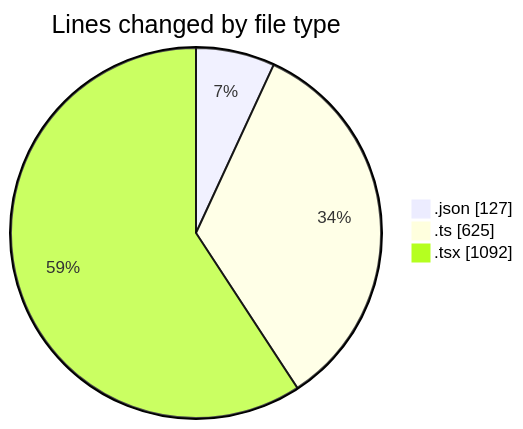
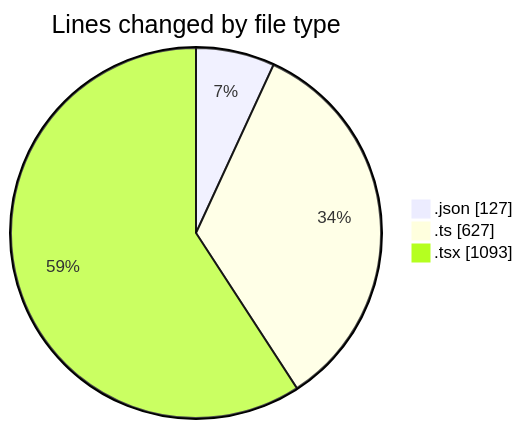
One commit to julien-gomy/code-tracking changed the first of 2 diagrams in 2025-11-12/eventscop-frontend-guide__workspace_/README.md. Above: the diagram before and after it, drawn with Mermaid. The commit also changed other lines of this file and 1 other file, not shown here.

````diff
--- a/2025-11-12/eventscop-frontend-guide__workspace_/README.md
+++ b/2025-11-12/eventscop-frontend-guide__workspace_/README.md
@@ -27,7 +27,7 @@
 ```mermaid
 pie showData
 title Lines changed by file type
 ".json" : 127
-".ts" : 625
-".tsx" : 1092
+".ts" : 627
+".tsx" : 1093
 ```
````
